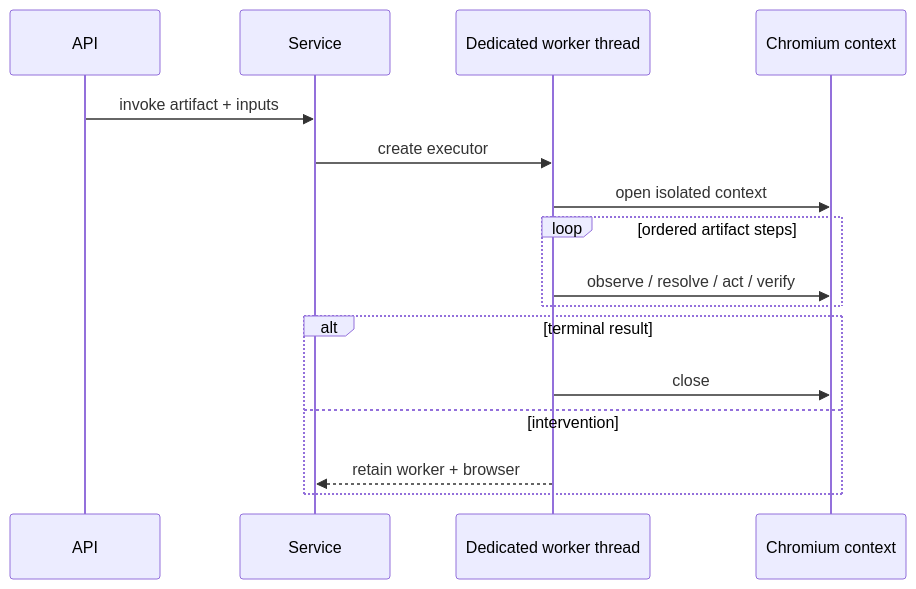
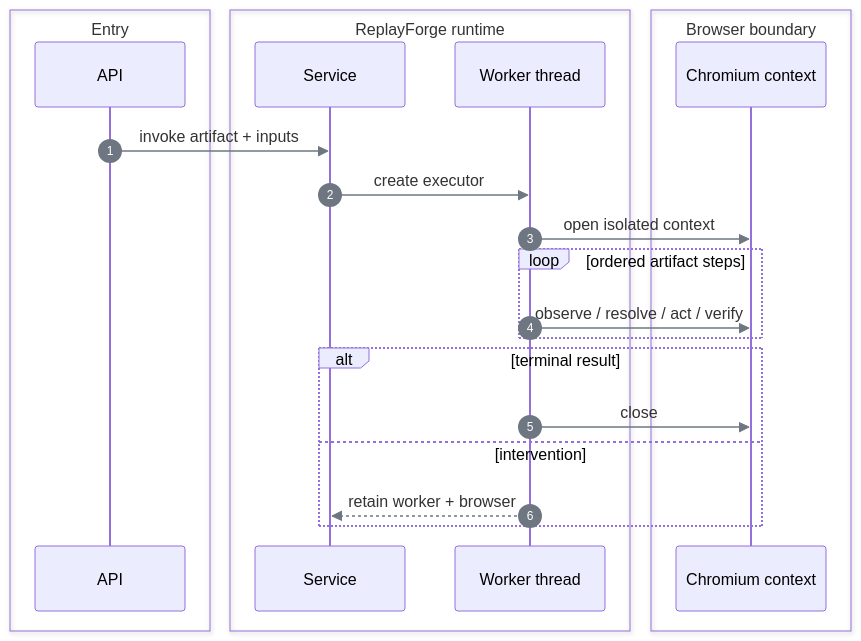
One commit to SivaTSS/replay-forge changed the second of 2 diagrams in docs/architecture.md. Above: the diagram before and after it, drawn with Mermaid. The commit also changed other lines of this file and 7 other files, not shown here.

Commit message:
docs: standardize Mermaid diagrams

````diff
--- a/docs/architecture.md
+++ b/docs/architecture.md
@@ -90,18 +108,26 @@
 ```mermaid
+%%{init: {"htmlLabels":false,"themeVariables":{"lineColor":"#6E7781","signalColor":"#6E7781"},"flowchart":{"curve":"linear"},"sequence":{"wrap":true}}}%%
 sequenceDiagram
-    participant API
-    participant Service
-    participant Worker as Dedicated worker thread
-    participant Browser as Chromium context
+    autonumber
+    box Entry
+        participant API
+    end
+    box ReplayForge runtime
+        participant Service
+        participant Worker as Worker thread
+    end
+    box Browser boundary
+        participant Browser as Chromium context
+    end
     API->>Service: invoke artifact + inputs
     Service->>Worker: create executor
     Worker->>Browser: open isolated context
     loop ordered artifact steps
         Worker->>Browser: observe / resolve / act / verify
     end
     alt terminal result
         Worker->>Browser: close
     else intervention
         Worker-->>Service: retain worker + browser
     end
 ```
````
